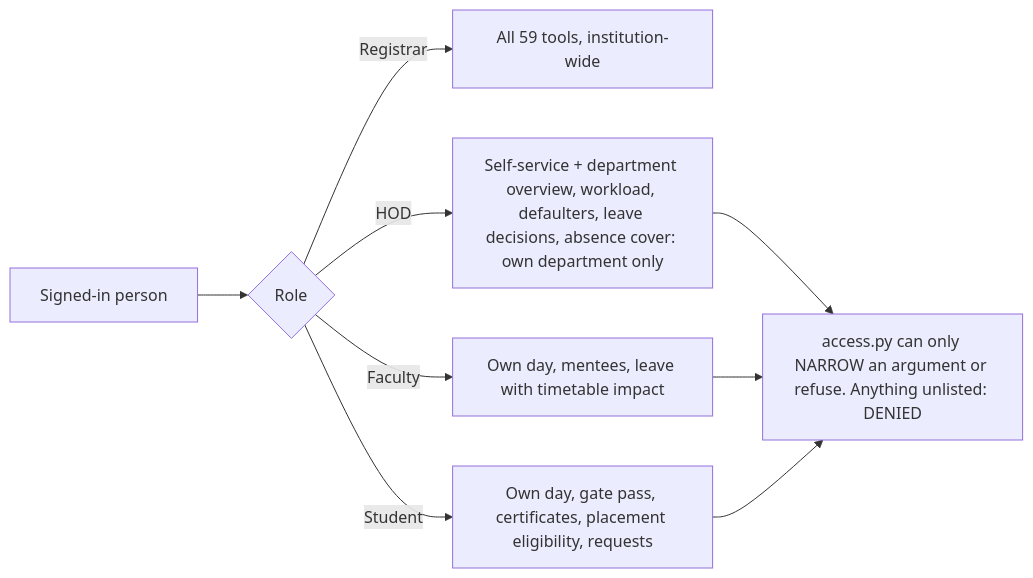
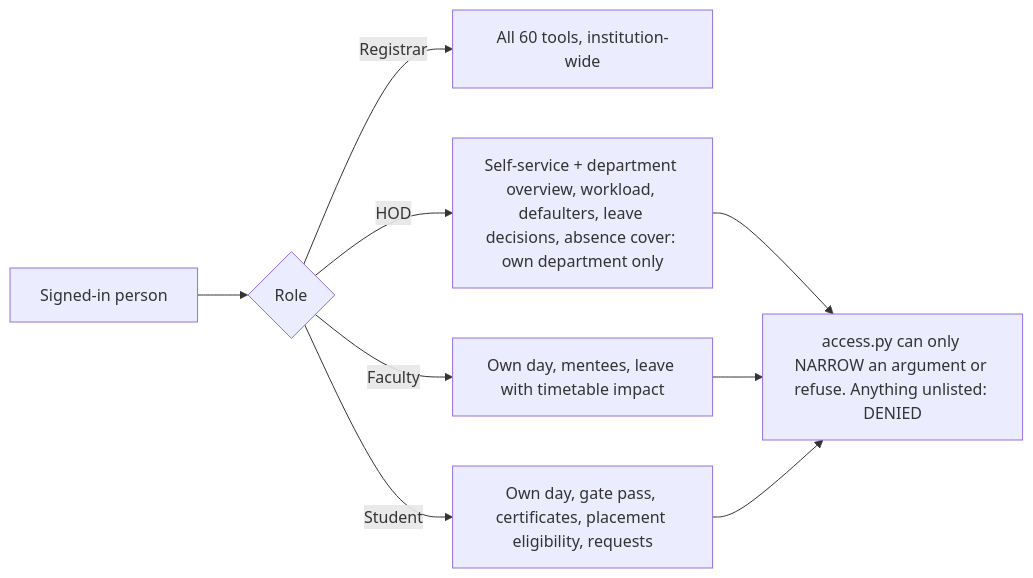
The third of 7 diagrams in README.md (samprith02/VidyaERP), drawn with Mermaid before and after one commit. The commit also changed other lines of this file and 17 other files, not shown here.

````diff
--- a/README.md
+++ b/README.md
@@ -460,9 +485,9 @@
 ```mermaid
 flowchart LR
   U[Signed-in person] --> R{Role}
-  R -->|Registrar| ALL[All 59 tools, institution-wide]
+  R -->|Registrar| ALL[All 60 tools, institution-wide]
   R -->|HOD| H[Self-service + department overview, workload, defaulters, leave decisions, absence cover: own department only]
   R -->|Faculty| F[Own day, mentees, leave with timetable impact]
   R -->|Student| S[Own day, gate pass, certificates, placement eligibility, requests]
   H & F & S --> N[access.py can only NARROW an argument or refuse. Anything unlisted: DENIED]
 ```
````
